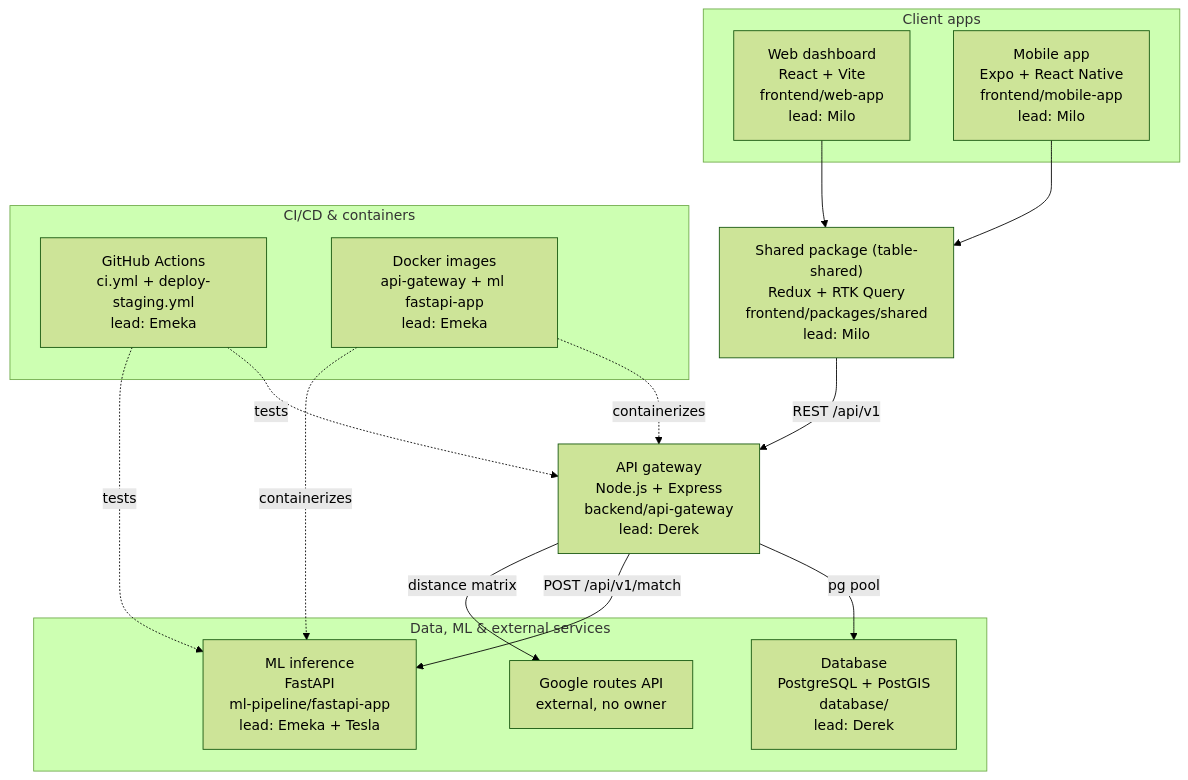
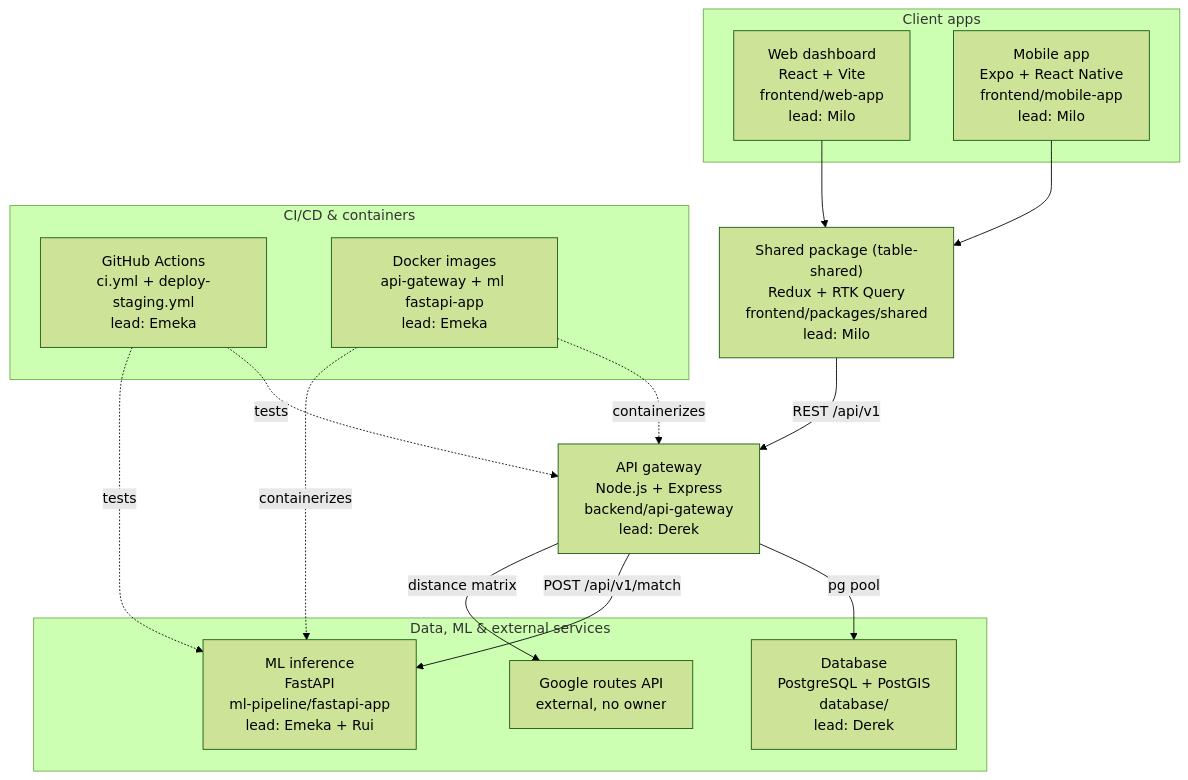
One commit to chukwuemekanwoke-jpg/comp47360-team2 changed the diagram in docs/system-architecture-map.md. Above: the diagram before and after it, drawn with Mermaid (forest theme). The commit also changed other lines of this file, not shown here.

Commit message:
Update ML pipeline lead from Tesla to Rui

````diff
--- a/docs/system-architecture-map.md
+++ b/docs/system-architecture-map.md
@@ -8,33 +8,33 @@
 ```mermaid
 flowchart TD
     subgraph Clients["Client apps"]
         WEB["Web dashboard<br/>React + Vite<br/>frontend/web-app<br/>lead: Milo"]
         MOBILE["Mobile app<br/>Expo + React Native<br/>frontend/mobile-app<br/>lead: Milo"]
     end
 
     SHARED["Shared package (table-shared)<br/>Redux + RTK Query<br/>frontend/packages/shared<br/>lead: Milo"]
 
     GATEWAY["API gateway<br/>Node.js + Express<br/>backend/api-gateway<br/>lead: Derek"]
 
     subgraph Services["Data, ML & external services"]
         DB["Database<br/>PostgreSQL + PostGIS<br/>database/<br/>lead: Derek"]
-        ML["ML inference<br/>FastAPI<br/>ml-pipeline/fastapi-app<br/>lead: Emeka + Tesla"]
+        ML["ML inference<br/>FastAPI<br/>ml-pipeline/fastapi-app<br/>lead: Emeka + Rui"]
         MAPS["Google routes API<br/>external, no owner"]
     end
 
     subgraph CI["CI/CD & containers"]
         GHA["GitHub Actions<br/>ci.yml + deploy-staging.yml<br/>lead: Emeka"]
         DOCKER["Docker images<br/>api-gateway + ml fastapi-app<br/>lead: Emeka"]
     end
 
     WEB --> SHARED
     MOBILE --> SHARED
     SHARED -->|"REST /api/v1"| GATEWAY
     GATEWAY -->|"pg pool"| DB
     GATEWAY -->|"POST /api/v1/match"| ML
     GATEWAY -->|"distance matrix"| MAPS
     GHA -.->|"tests"| GATEWAY
     GHA -.->|"tests"| ML
     DOCKER -.->|"containerizes"| GATEWAY
     DOCKER -.->|"containerizes"| ML
 ```
````
